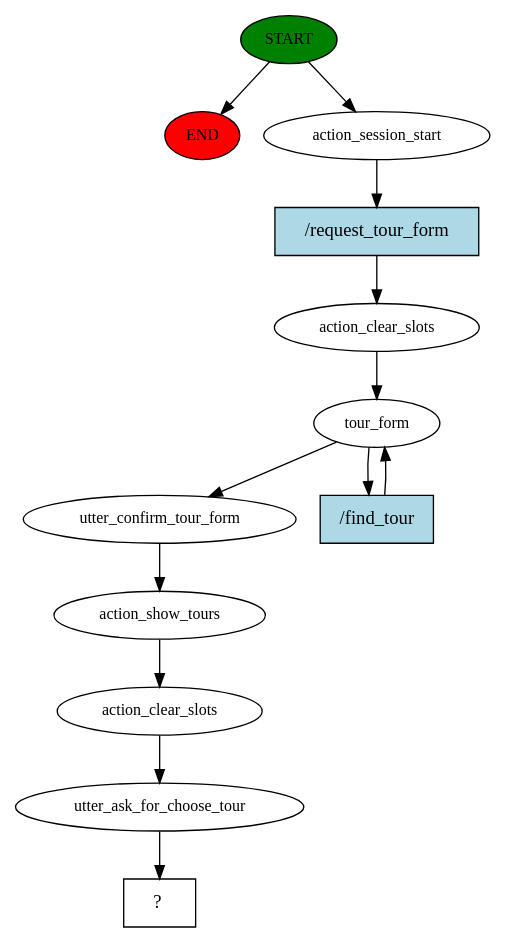
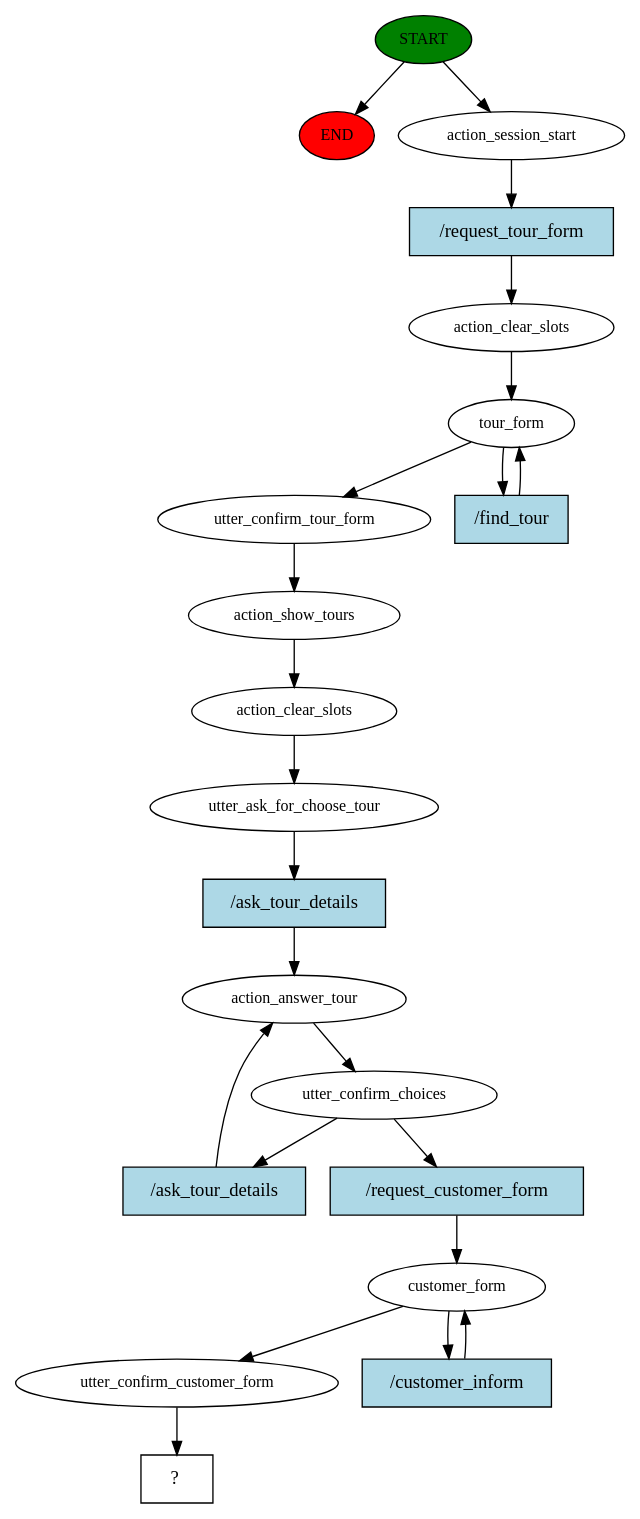
One commit to sitoan/chatbot changed the diagram in story_graph.dot. Above: the diagram before and after it, drawn with Graphviz. The commit also changed 11 other files, not shown here.

```diff
--- a/story_graph.dot
+++ b/story_graph.dot
@@ -1,26 +1,44 @@
 digraph  {
 0 [class="start active", fillcolor=green, fontsize=12, label=START, style=filled];
 "-1" [class=end, fillcolor=red, fontsize=12, label=END, style=filled];
 1 [class=active, fontsize=12, label=action_session_start];
 2 [class=active, fontsize=12, label=action_clear_slots];
 3 [class=active, fontsize=12, label=tour_form];
 10 [class=active, fontsize=12, label=utter_confirm_tour_form];
 11 [class=active, fontsize=12, label=action_show_tours];
 12 [class=active, fontsize=12, label=action_clear_slots];
 13 [class=active, fontsize=12, label=utter_ask_for_choose_tour];
-14 [class="intent dashed active", label="  ?  ", shape=rect];
-15 [class="intent active", fillcolor=lightblue, label="/request_tour_form", shape=rect, style=filled];
-16 [class="intent active", fillcolor=lightblue, label="/find_tour", shape=rect, style=filled];
+14 [class=active, fontsize=12, label=action_answer_tour];
+15 [class=active, fontsize=12, label=utter_confirm_choices];
+20 [class=active, fontsize=12, label=customer_form];
+23 [class=active, fontsize=12, label=utter_confirm_customer_form];
+24 [class="intent dashed active", label="  ?  ", shape=rect];
+25 [class="intent active", fillcolor=lightblue, label="/request_tour_form", shape=rect, style=filled];
+26 [class="intent active", fillcolor=lightblue, label="/find_tour", shape=rect, style=filled];
+27 [class="intent active", fillcolor=lightblue, label="/ask_tour_details", shape=rect, style=filled];
+28 [class="intent active", fillcolor=lightblue, label="/ask_tour_details", shape=rect, style=filled];
+29 [class="intent active", fillcolor=lightblue, label="/request_customer_form", shape=rect, style=filled];
+30 [class="intent active", fillcolor=lightblue, label="/customer_inform", shape=rect, style=filled];
 0 -> "-1"  [class="", key=NONE, label=""];
 0 -> 1  [class=active, key=NONE, label=""];
-1 -> 15  [class=active, key=0];
+1 -> 25  [class=active, key=0];
 2 -> 3  [class=active, key=NONE, label=""];
 3 -> 10  [class=active, key=NONE, label=""];
-3 -> 16  [class=active, key=0];
+3 -> 26  [class=active, key=0];
 10 -> 11  [class=active, key=NONE, label=""];
 11 -> 12  [class=active, key=NONE, label=""];
 12 -> 13  [class=active, key=NONE, label=""];
-13 -> 14  [class=active, key=NONE, label=""];
-15 -> 2  [class=active, key=0];
-16 -> 3  [class=active, key=0];
+13 -> 27  [class=active, key=0];
+14 -> 15  [class=active, key=NONE, label=""];
+15 -> 28  [class=active, key=0];
+15 -> 29  [class=active, key=0];
+20 -> 23  [class=active, key=NONE, label=""];
+20 -> 30  [class=active, key=0];
+23 -> 24  [class=active, key=NONE, label=""];
+25 -> 2  [class=active, key=0];
+26 -> 3  [class=active, key=0];
+27 -> 14  [class=active, key=0];
+28 -> 14  [class=active, key=0];
+29 -> 20  [class=active, key=0];
+30 -> 20  [class=active, key=0];
 }
```
